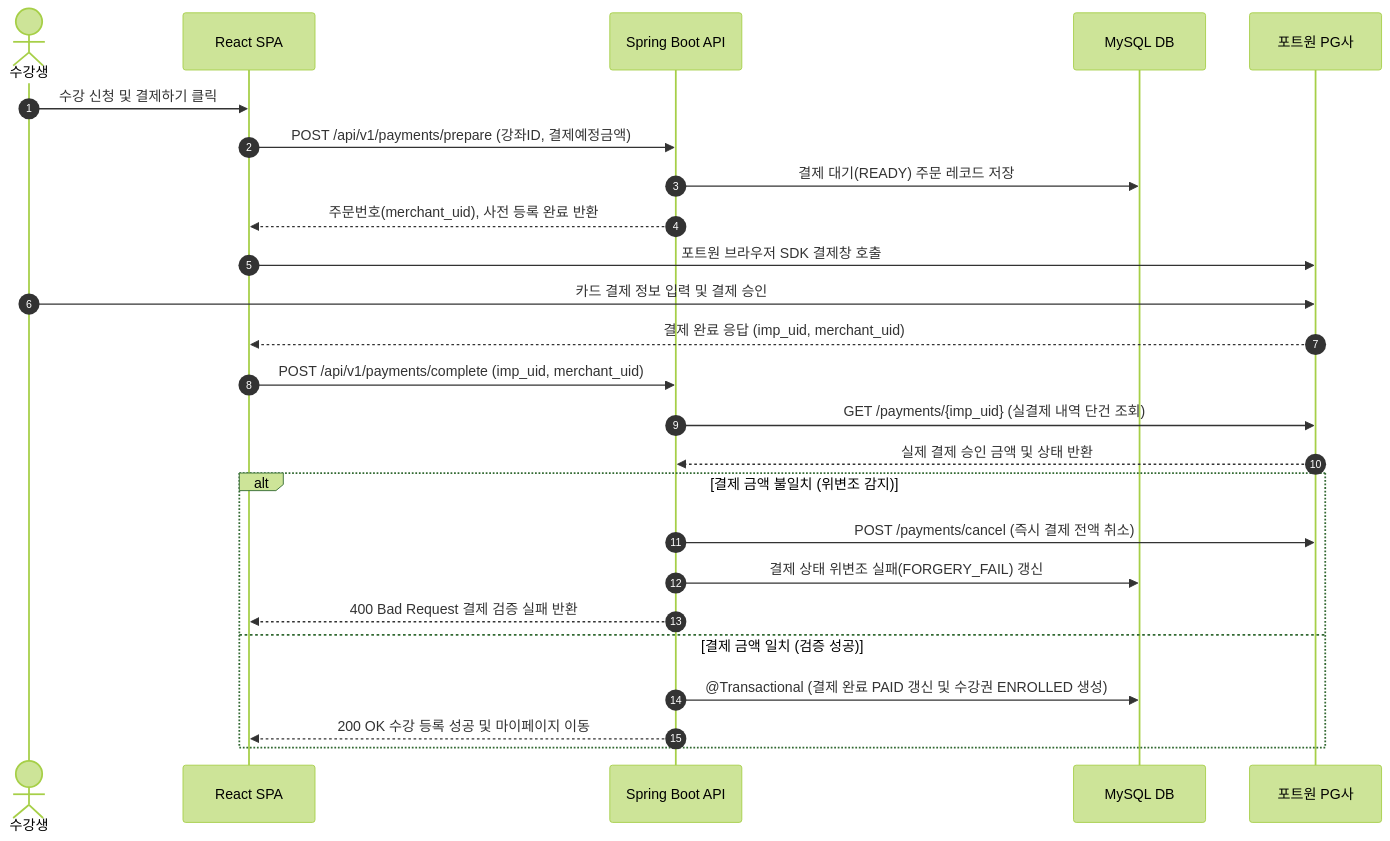
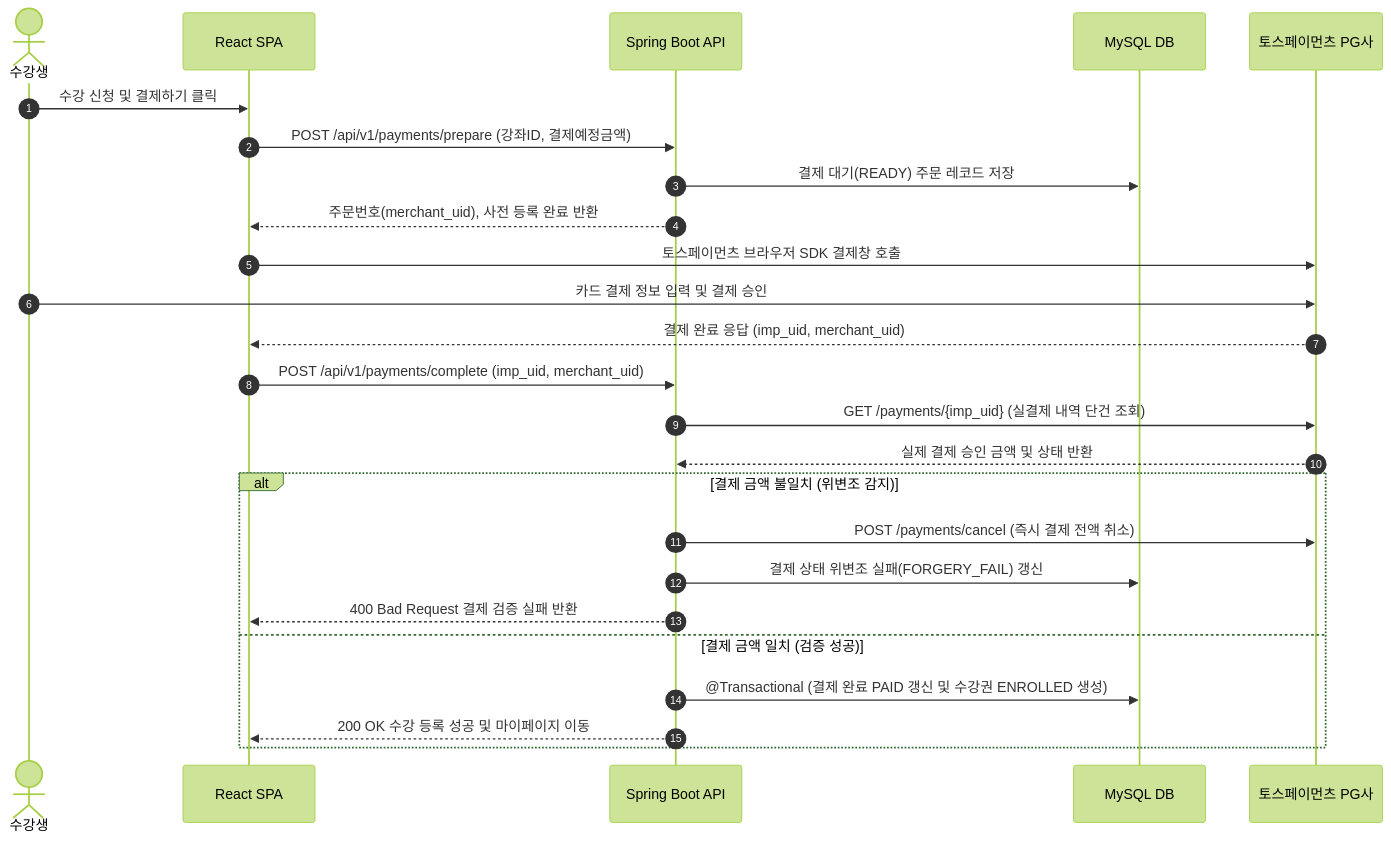
One commit to likelion-backend-25th/fixgo changed the fourth of 4 diagrams in docs/02_design/01_architecture.md. Above: the diagram before and after it, drawn with Mermaid (forest theme). The commit also changed other lines of this file and 1 other file, not shown here.

````diff
--- a/docs/02_design/01_architecture.md
+++ b/docs/02_design/01_architecture.md
@@ -129,31 +161,31 @@
 ```mermaid
 sequenceDiagram
     autonumber
     actor User as 수강생
     participant Front as React SPA
     participant Back as Spring Boot API
     participant DB as MySQL DB
-    participant PG as 포트원 PG사
+    participant PG as 토스페이먼츠 PG사
 
     User->>Front: 수강 신청 및 결제하기 클릭
     Front->>Back: POST /api/v1/payments/prepare (강좌ID, 결제예정금액)
     Back->>DB: 결제 대기(READY) 주문 레코드 저장
     Back-->>Front: 주문번호(merchant_uid), 사전 등록 완료 반환
     
-    Front->>PG: 포트원 브라우저 SDK 결제창 호출
+    Front->>PG: 토스페이먼츠 브라우저 SDK 결제창 호출
     User->>PG: 카드 결제 정보 입력 및 결제 승인
     PG-->>Front: 결제 완료 응답 (imp_uid, merchant_uid)
     
     Front->>Back: POST /api/v1/payments/complete (imp_uid, merchant_uid)
     Back->>PG: GET /payments/{imp_uid} (실결제 내역 단건 조회)
     PG-->>Back: 실제 결제 승인 금액 및 상태 반환
     
     alt 결제 금액 불일치 (위변조 감지)
         Back->>PG: POST /payments/cancel (즉시 결제 전액 취소)
         Back->>DB: 결제 상태 위변조 실패(FORGERY_FAIL) 갱신
         Back-->>Front: 400 Bad Request 결제 검증 실패 반환
     else 결제 금액 일치 (검증 성공)
         Back->>DB: @Transactional (결제 완료 PAID 갱신 및 수강권 ENROLLED 생성)
         Back-->>Front: 200 OK 수강 등록 성공 및 마이페이지 이동
     end
 ```
````
